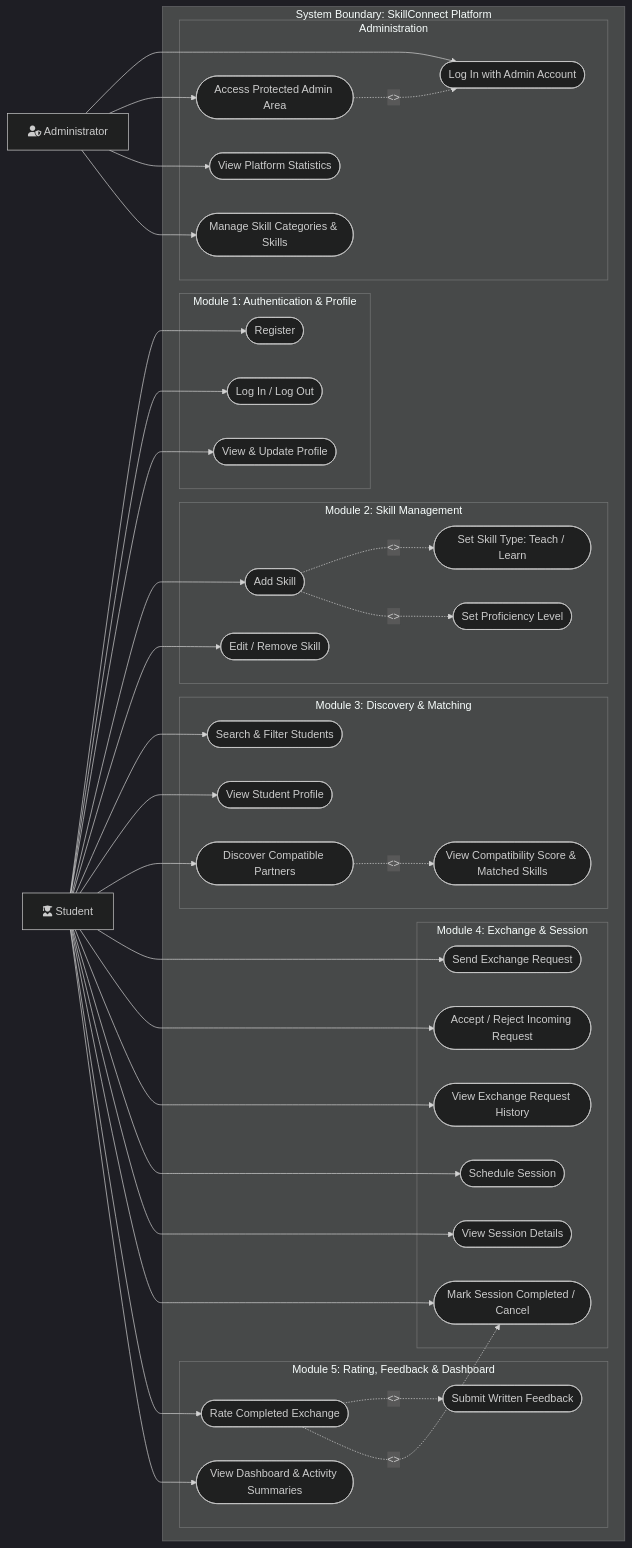
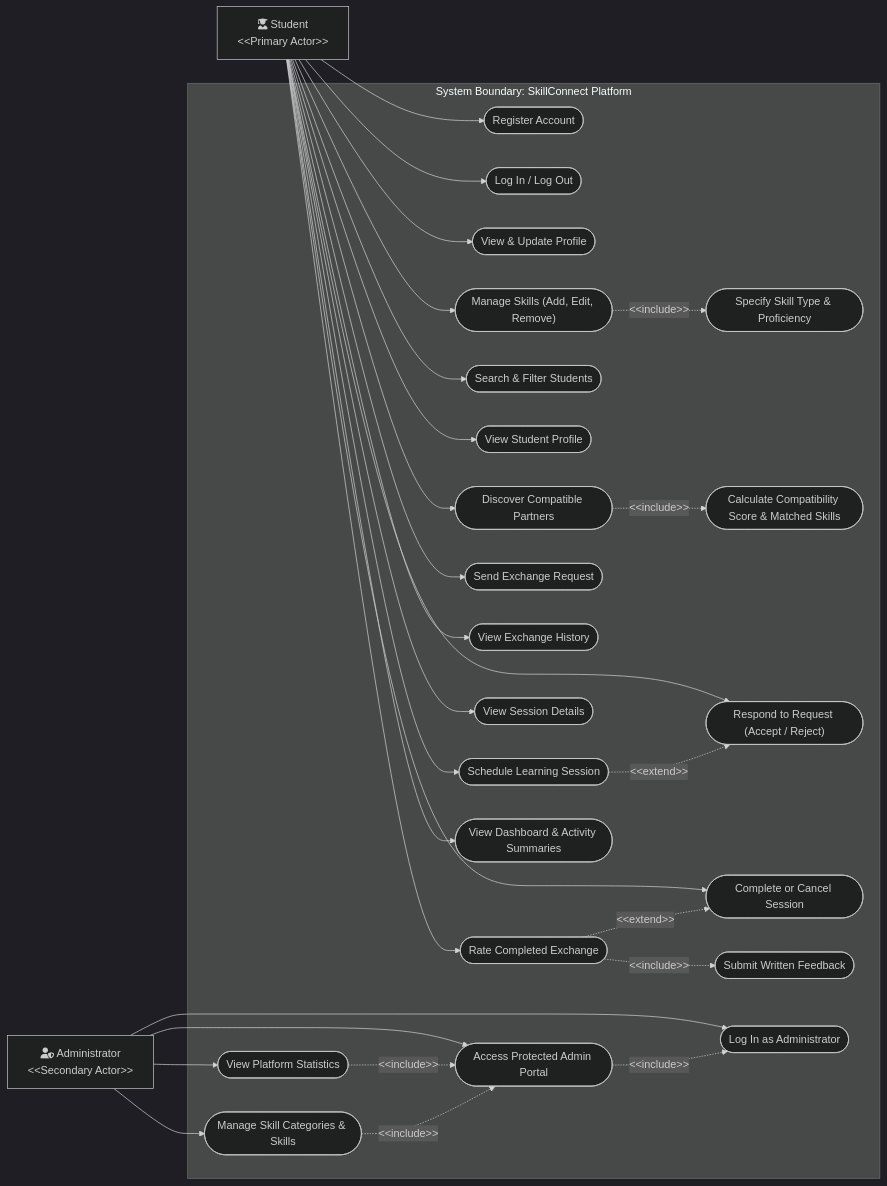
One commit to komalbhalshankar/SkillConnect changed the diagram in docs/use_case_diagram.md. Above: the diagram before and after it, drawn with Mermaid (dark theme). The commit also changed other lines of this file and 52 other files, not shown here.

Commit message:
feat(auth,profile): complete Phase 2 database foundation, authentication, and student profile

````diff
--- a/docs/use_case_diagram.md
+++ b/docs/use_case_diagram.md
@@ -16,84 +14,75 @@
 ```mermaid
 flowchart LR
     %% Actors
-    Student["fa:fa-user-graduate Student"]
-    Admin["fa:fa-user-shield Administrator"]
+    Student["fa:fa-user-graduate Student<br/>&lt;&lt;Primary Actor&gt;&gt;"]
+    Admin["fa:fa-user-shield Administrator<br/>&lt;&lt;Secondary Actor&gt;&gt;"]
 
     subgraph SkillConnect ["System Boundary: SkillConnect Platform"]
-        subgraph ModAuth ["Module 1: Authentication & Profile"]
-            UC_Reg(["Register"])
-            UC_Auth(["Log In / Log Out"])
-            UC_Prof(["View & Update Profile"])
-        end
+        %% Module 1
+        UC_Reg(["Register Account"])
+        UC_Auth(["Log In / Log Out"])
+        UC_Prof(["View & Update Profile"])
 
-        subgraph ModSkills ["Module 2: Skill Management"]
-            UC_AddSkill(["Add Skill"])
-            UC_ManageSkill(["Edit / Remove Skill"])
-            UC_SetType(["Set Skill Type: Teach / Learn"])
-            UC_SetProf(["Set Proficiency Level"])
-        end
+        %% Module 2
+        UC_ManageSkills(["Manage Skills (Add, Edit, Remove)"])
+        UC_SkillDetails(["Specify Skill Type & Proficiency"])
 
-        subgraph ModMatch ["Module 3: Discovery & Matching"]
-            UC_Search(["Search & Filter Students"])
-            UC_PeerProf(["View Student Profile"])
-            UC_Discover(["Discover Compatible Partners"])
-            UC_ViewScore(["View Compatibility Score & Matched Skills"])
-        end
+        %% Module 3
+        UC_Search(["Search & Filter Students"])
+        UC_ViewProfile(["View Student Profile"])
+        UC_Discover(["Discover Compatible Partners"])
+        UC_CalculateScore(["Calculate Compatibility Score & Matched Skills"])
 
-        subgraph ModExch ["Module 4: Exchange & Session"]
-            UC_SendReq(["Send Exchange Request"])
-            UC_RespReq(["Accept / Reject Incoming Request"])
-            UC_HistReq(["View Exchange Request History"])
-            UC_SchedSess(["Schedule Session"])
-            UC_ViewSess(["View Session Details"])
-            UC_CompCancSess(["Mark Session Completed / Cancel"])
-        end
+        %% Module 4
+        UC_SendRequest(["Send Exchange Request"])
+        UC_RespondRequest(["Respond to Request (Accept / Reject)"])
+        UC_History(["View Exchange History"])
+        UC_Schedule(["Schedule Learning Session"])
+        UC_SessionDetails(["View Session Details"])
+        UC_CompleteSession(["Complete or Cancel Session"])
 
-        subgraph ModDash ["Module 5: Rating, Feedback & Dashboard"]
-            UC_Rate(["Rate Completed Exchange"])
-            UC_Feedback(["Submit Written Feedback"])
-            UC_Dash(["View Dashboard & Activity Summaries"])
-        end
+        %% Module 5
+        UC_Rate(["Rate Completed Exchange"])
+        UC_Feedback(["Submit Written Feedback"])
+        UC_Dashboard(["View Dashboard & Activity Summaries"])
 
-        subgraph ModAdmin ["Administration"]
-            UC_AdminAuth(["Log In with Admin Account"])
-            UC_AdminPortal(["Access Protected Admin Area"])
-            UC_AdminStats(["View Platform Statistics"])
-            UC_AdminCats(["Manage Skill Categories & Skills"])
-        end
+        %% Administration
+        UC_AdminLogin(["Log In as Administrator"])
+        UC_AdminPortal(["Access Protected Admin Portal"])
+        UC_AdminStats(["View Platform Statistics"])
+        UC_ManageTaxonomy(["Manage Skill Categories & Skills"])
     end
 
     %% Student Connections
     Student --> UC_Reg
     Student --> UC_Auth
     Student --> UC_Prof
+    Student --> UC_ManageSkills
+    Student --> UC_Search
+    Student --> UC_ViewProfile
+    Student --> UC_Discover
+    Student --> UC_SendRequest
+    Student --> UC_RespondRequest
+    Student --> UC_History
+    Student --> UC_Schedule
+    Student --> UC_SessionDetails
+    Student --> UC_CompleteSession
+    Student --> UC_Rate
+    Student --> UC_Dashboard
 
-    Student --> UC_AddSkill
-    Student --> UC_ManageSkill
-    UC_AddSkill -.->|<<include>>| UC_SetType
-    UC_AddSkill -.->|<<include>>| UC_SetProf
-
-    Student --> UC_Search
-    Student --> UC_PeerProf
-    Student --> UC_Discover
-    UC_Discover -.->|<<include>>| UC_ViewScore
-
-    Student --> UC_SendReq
-    Student --> UC_RespReq
-    Student --> UC_HistReq
-    Student --> UC_SchedSess
-    Student --> UC_ViewSess
-    Student --> UC_CompCancSess
-
-    Student --> UC_Rate
-    UC_Rate -.->|<<include>>| UC_Feedback
-    UC_Rate -.->|<<extend>>| UC_CompCancSess
-    Student --> UC_Dash
+    %% Include / Extend Connections
+    UC_ManageSkills -.->|&lt;&lt;include&gt;&gt;| UC_SkillDetails
+    UC_Discover -.->|&lt;&lt;include&gt;&gt;| UC_CalculateScore
+    UC_Rate -.->|&lt;&lt;include&gt;&gt;| UC_Feedback
+    UC_Schedule -.->|&lt;&lt;extend&gt;&gt;| UC_RespondRequest
+    UC_Rate -.->|&lt;&lt;extend&gt;&gt;| UC_CompleteSession
 
     %% Admin Connections
-    Admin --> UC_AdminAuth
+    Admin --> UC_AdminLogin
     Admin --> UC_AdminPortal
     Admin --> UC_AdminStats
-    Admin --> UC_AdminCats
-    UC_AdminPortal -.->|<<include>>| UC_AdminAuth
+    Admin --> UC_ManageTaxonomy
+    UC_AdminPortal -.->|&lt;&lt;include&gt;&gt;| UC_AdminLogin
+    UC_AdminStats -.->|&lt;&lt;include&gt;&gt;| UC_AdminPortal
+    UC_ManageTaxonomy -.->|&lt;&lt;include&gt;&gt;| UC_AdminPortal
 ```
````
